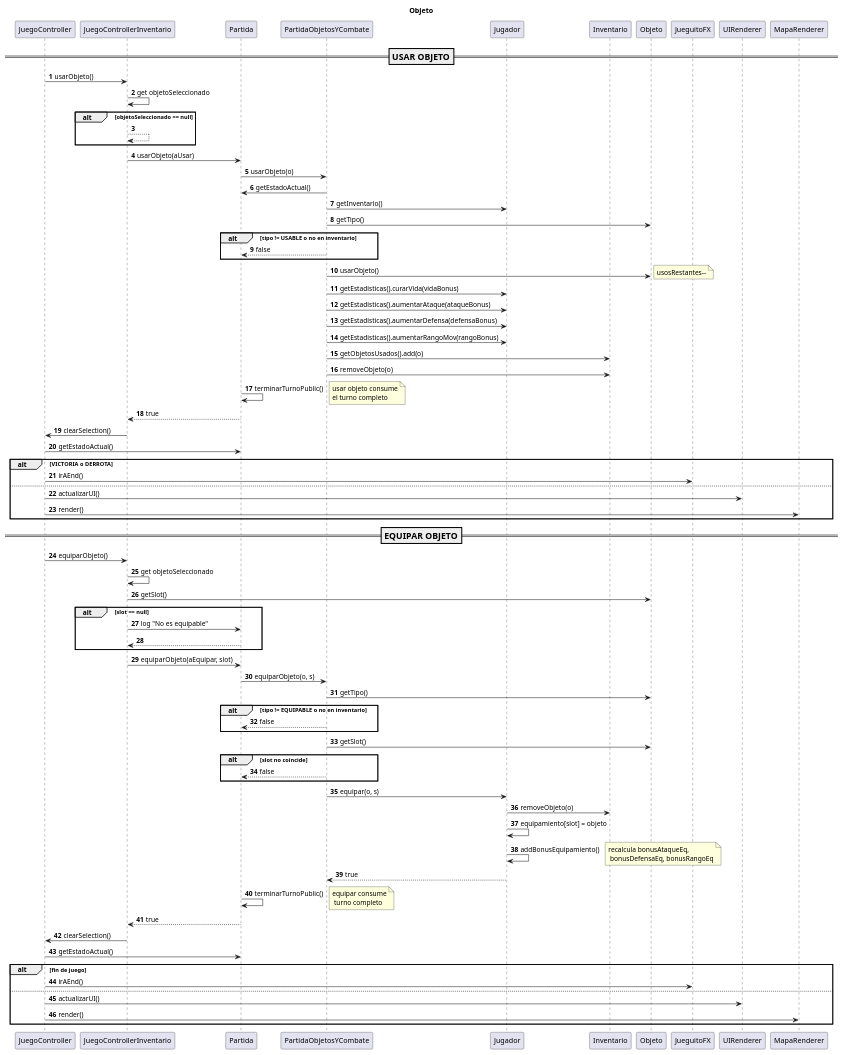
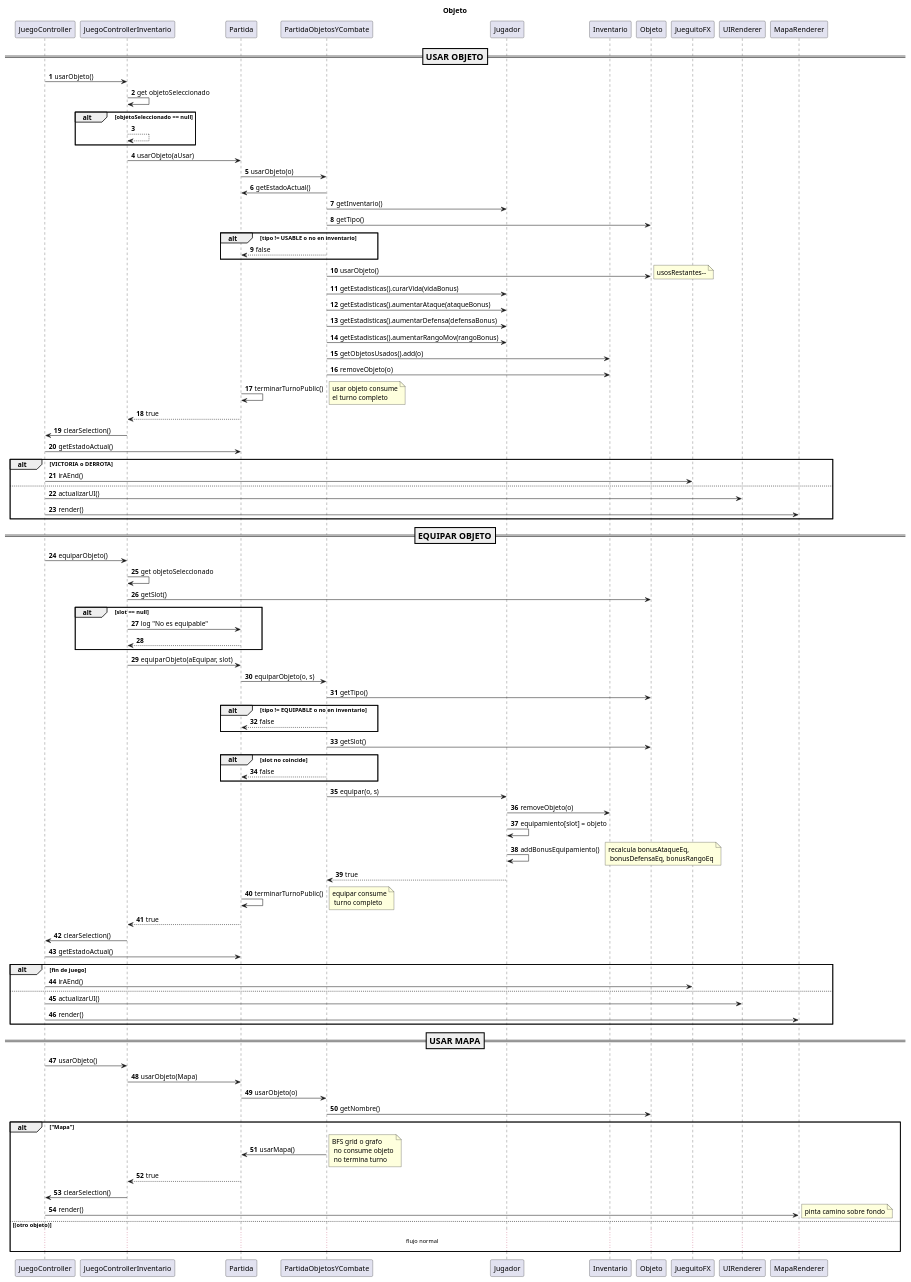
The diagram in UMLs/secuencia_objetos.puml (isagonz3/JuegoPracticaFinal), drawn with PlantUML before and after one commit. The commit also changed 9 other files, not shown here.

```diff
--- a/UMLs/secuencia_objetos.puml
+++ b/UMLs/secuencia_objetos.puml
@@ -1,87 +1,104 @@
 @startuml
 'https://plantuml.com/sequence-diagram
 
 autonumber
 
 title Objeto
 
 participant JuegoController as JC
 participant JuegoControllerInventario as JCI
 participant Partida as P
 participant PartidaObjetosYCombate as PO
 participant Jugador as J
 participant Inventario as I
 participant Objeto as O
 
 === USAR OBJETO ==
 
 JC -> JCI: usarObjeto()
 JCI -> JCI: get objetoSeleccionado
 alt objetoSeleccionado == null
   return
 end
 JCI -> P: usarObjeto(aUsar)
 P -> PO: usarObjeto(o)
 PO -> P: getEstadoActual()
 PO -> J: getInventario()
 PO -> O: getTipo()
 alt tipo != USABLE o no en inventario
   PO --> P: false
 end
 PO -> O: usarObjeto()
 note right: usosRestantes--
 PO -> J: getEstadisticas().curarVida(vidaBonus)
 PO -> J: getEstadisticas().aumentarAtaque(ataqueBonus)
 PO -> J: getEstadisticas().aumentarDefensa(defensaBonus)
 PO -> J: getEstadisticas().aumentarRangoMov(rangoBonus)
 PO -> I: getObjetosUsados().add(o)
 PO -> I: removeObjeto(o)
 P -> P: terminarTurnoPublic()
 note right: usar objeto consume\nel turno completo
 P --> JCI: true
 JCI -> JC: clearSelection()
 JC -> P: getEstadoActual()
 alt VICTORIA o DERROTA
   JC -> JueguitoFX: irAEnd()
 else
   JC -> UIRenderer: actualizarUI()
   JC -> MapaRenderer: render()
 end
 
 === EQUIPAR OBJETO ==
 
 JC -> JCI: equiparObjeto()
 JCI -> JCI: get objetoSeleccionado
 JCI -> O: getSlot()
 alt slot == null
   JCI -> P: log "No es equipable"
   return
 end
 JCI -> P: equiparObjeto(aEquipar, slot)
 P -> PO: equiparObjeto(o, s)
 PO -> O: getTipo()
 alt tipo != EQUIPABLE o no en inventario
   PO --> P: false
 end
 PO -> O: getSlot()
 alt slot no coincide
   PO --> P: false
 end
 PO -> J: equipar(o, s)
 J -> I: removeObjeto(o)
 J -> J: equipamiento[slot] = objeto
 J -> J: addBonusEquipamiento()
 note right: recalcula bonusAtaqueEq,\n bonusDefensaEq, bonusRangoEq
 J --> PO: true
 P -> P: terminarTurnoPublic()
 note right: equipar consume\n turno completo
 P --> JCI: true
 JCI -> JC: clearSelection()
 JC -> P: getEstadoActual()
 alt fin de juego
   JC -> JueguitoFX: irAEnd()
 else
   JC -> UIRenderer: actualizarUI()
   JC -> MapaRenderer: render()
 end
+
+=== USAR MAPA ==
+
+JC -> JCI: usarObjeto()
+JCI -> P: usarObjeto(Mapa)
+P -> PO: usarObjeto(o)
+PO -> O: getNombre()
+alt "Mapa"
+  PO -> P: usarMapa()
+  note right: BFS grid o grafo\n no consume objeto\n no termina turno
+  P --> JCI: true
+  JCI -> JC: clearSelection()
+  JC -> MapaRenderer: render()
+  note right: pinta camino sobre fondo
+else (otro objeto)
+  ... flujo normal ...
+end
 @enduml
```
